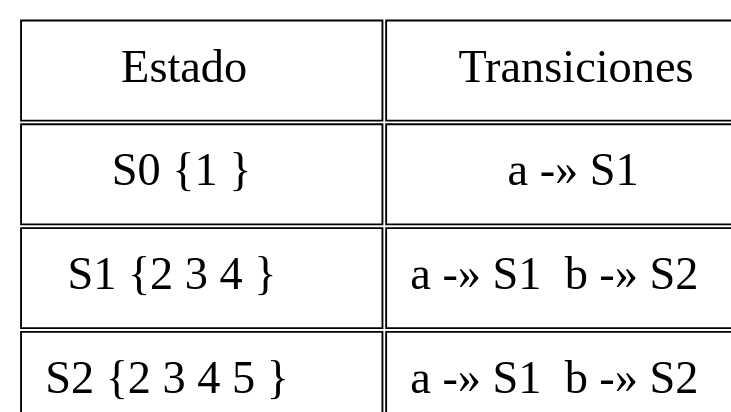
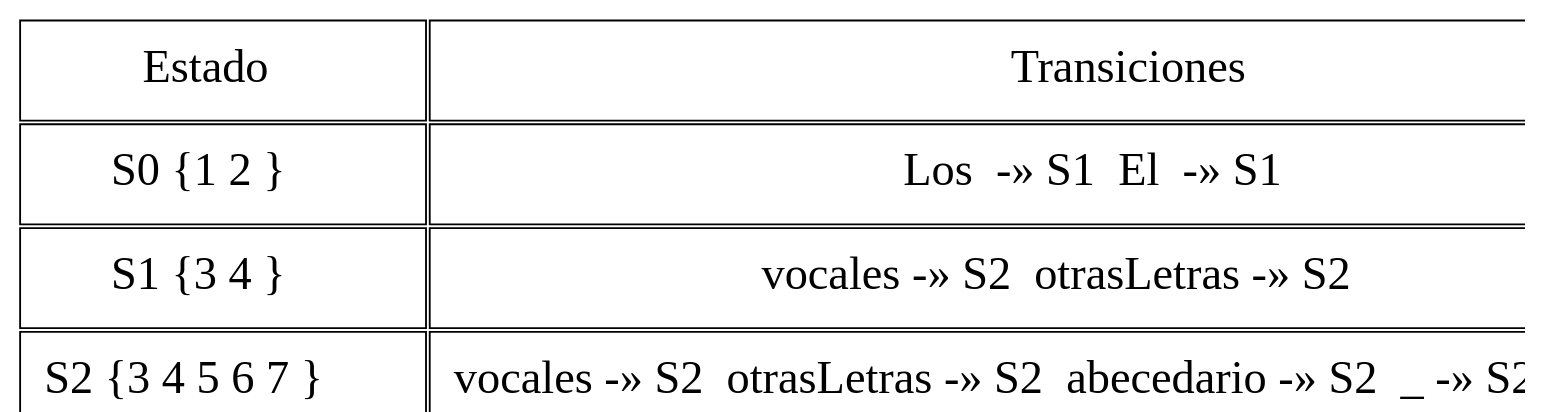
Before and after one commit to montherbasir/Practica1_OLC1: the diagram in trans_Expresion1.dot, drawn with Graphviz. The commit also changed 26 other files, not shown here.

```diff
--- a/trans_Expresion1.dot
+++ b/trans_Expresion1.dot
@@ -1,13 +1,13 @@
 digraph {
 splines="line";
 rankdir = TB;
 node [shape=plain, height=0.5, width=1.5, fontsize=25];
 graph[dpi=90];
 
 N [label=<
 <table border="0" cellborder="1" cellpadding="12">
-  <tr><td>Estado</td><td colspan="3">Transiciones</td></tr>  <tr><td>S0 {1 }</td><td>a -» S1  </td></tr>
-  <tr><td>S1 {2 3 4 }</td><td>a -» S1  b -» S2  </td></tr>
-  <tr><td>S2 {2 3 4 5 }</td><td>a -» S1  b -» S2  </td></tr>
+  <tr><td>Estado</td><td colspan="7">Transiciones</td></tr>  <tr><td>S0 {1 2 }</td><td>Los  -» S1  El  -» S1  </td></tr>
+  <tr><td>S1 {3 4 }</td><td>vocales -» S2  otrasLetras -» S2  </td></tr>
+  <tr><td>S2 {3 4 5 6 7 }</td><td>vocales -» S2  otrasLetras -» S2  abecedario -» S2  _ -» S2  </td></tr>
 </table>>];
 }
```
